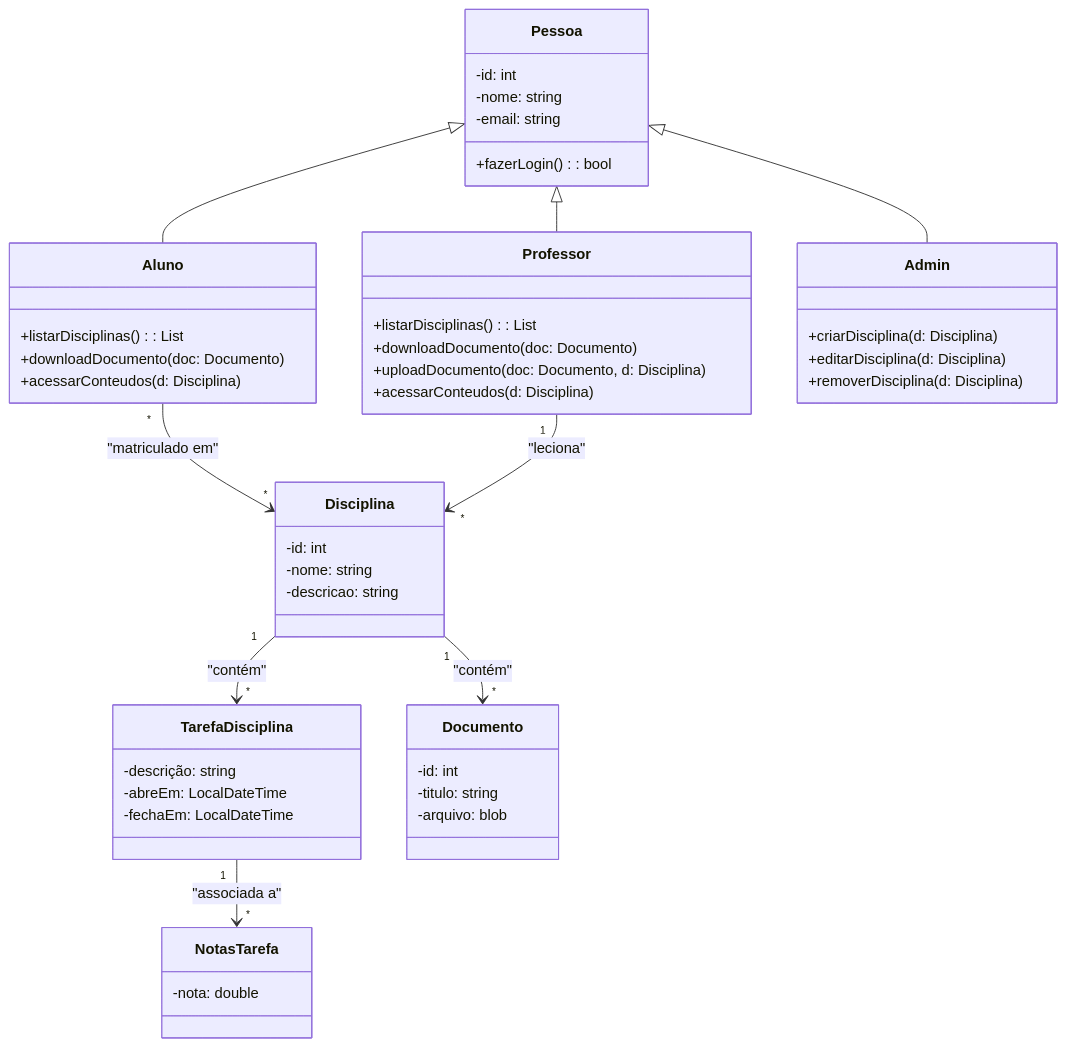
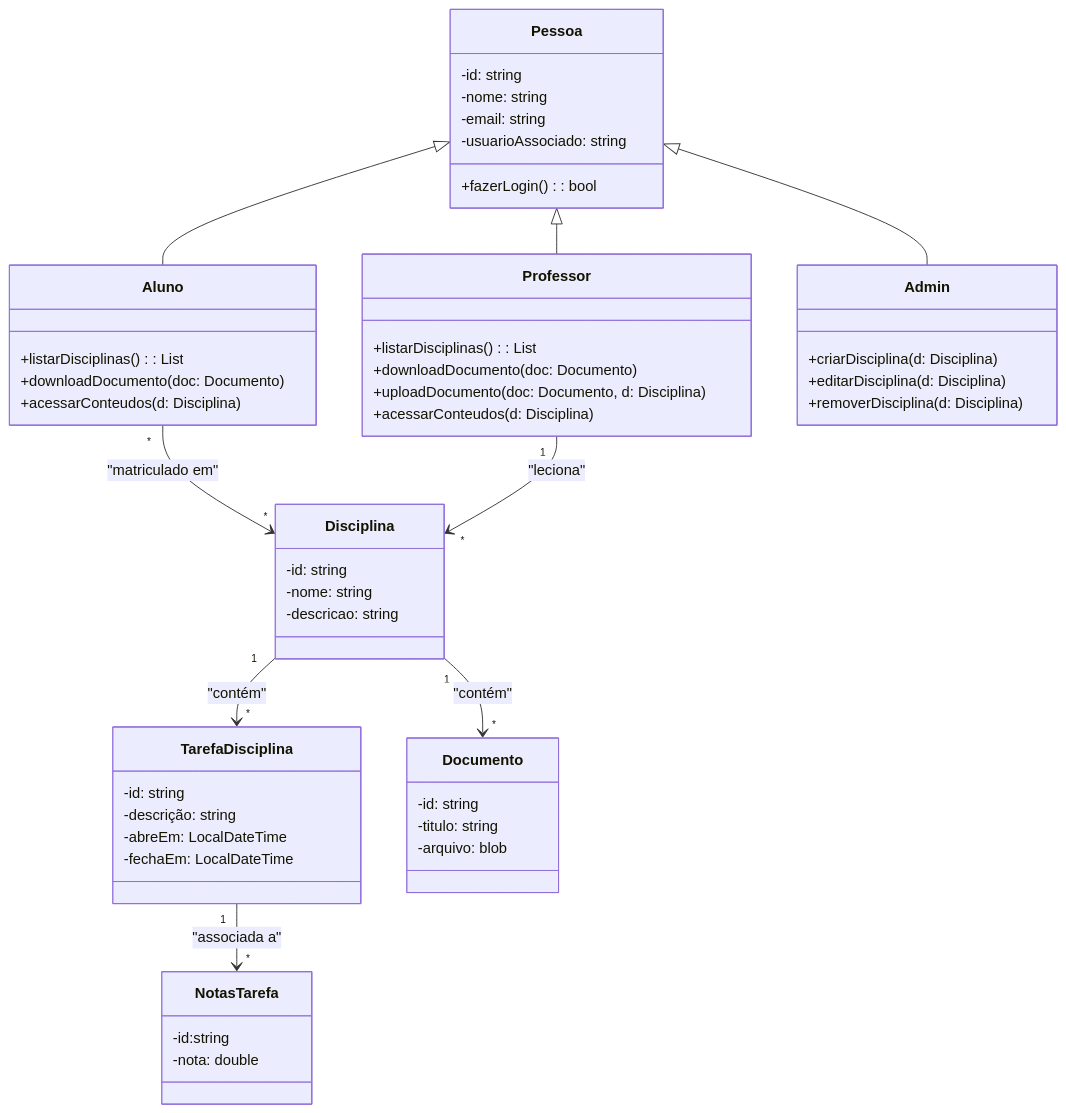
Before and after one commit to ImGabreuw/learning-management-system: the eighth of 8 diagrams in docs/modeling/subjects.md, drawn with Mermaid.

Commit message:
fix/docs: ids as strings

````diff
--- a/docs/modeling/subjects.md
+++ b/docs/modeling/subjects.md
@@ -148,61 +148,64 @@
 ```mermaid
 classDiagram
     class Pessoa {
-        -id: int
+        -id: string
         -nome: string
         -email: string
+        -usuarioAssociado: string
         +fazerLogin(): bool
     }
 
     class Aluno {
         +listarDisciplinas(): List<Disciplina>
         +downloadDocumento(doc: Documento)
         +acessarConteudos(d: Disciplina)
     }
 
     class Professor {
         +listarDisciplinas(): List<Disciplina>
         +downloadDocumento(doc: Documento)
         +uploadDocumento(doc: Documento, d: Disciplina)
         +acessarConteudos(d: Disciplina)
     }
 
     class Admin {
         +criarDisciplina(d: Disciplina)
         +editarDisciplina(d: Disciplina)
         +removerDisciplina(d: Disciplina)
     }
 
     class Disciplina {
-        -id: int
+        -id: string
         -nome: string
         -descricao: string
     }
 
     class TarefaDisciplina {
+        -id: string
         -descrição: string
         -abreEm: LocalDateTime
         -fechaEm: LocalDateTime
     }
 
     class NotasTarefa {
+        -id:string
         -nota: double
     }
 
     class Documento {
-        -id: int
+        -id: string
         -titulo: string
         -arquivo: blob
     }
 
     Pessoa <|-- Aluno
     Pessoa <|-- Professor
     Pessoa <|-- Admin
 
     Aluno "*" --> "*" Disciplina : "matriculado em"
     Professor "1" --> "*" Disciplina : "leciona"
     Disciplina "1" --> "*" Documento : "contém"
     Disciplina "1" --> "*" TarefaDisciplina: "contém"
     TarefaDisciplina "1" --> "*" NotasTarefa: "associada a"
 
 ```
````
